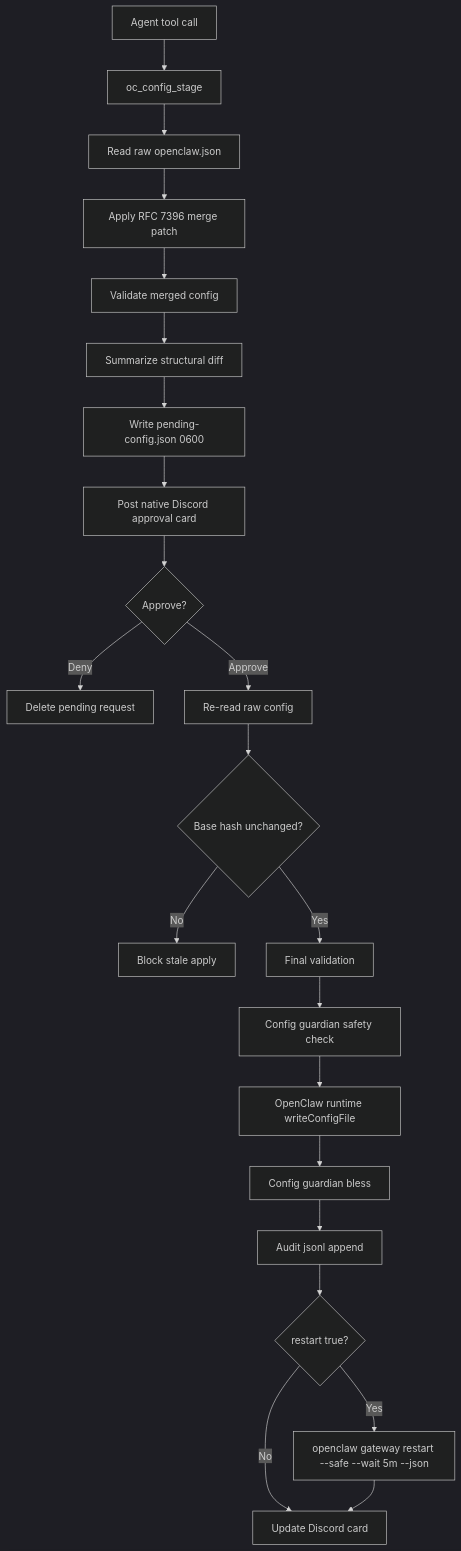
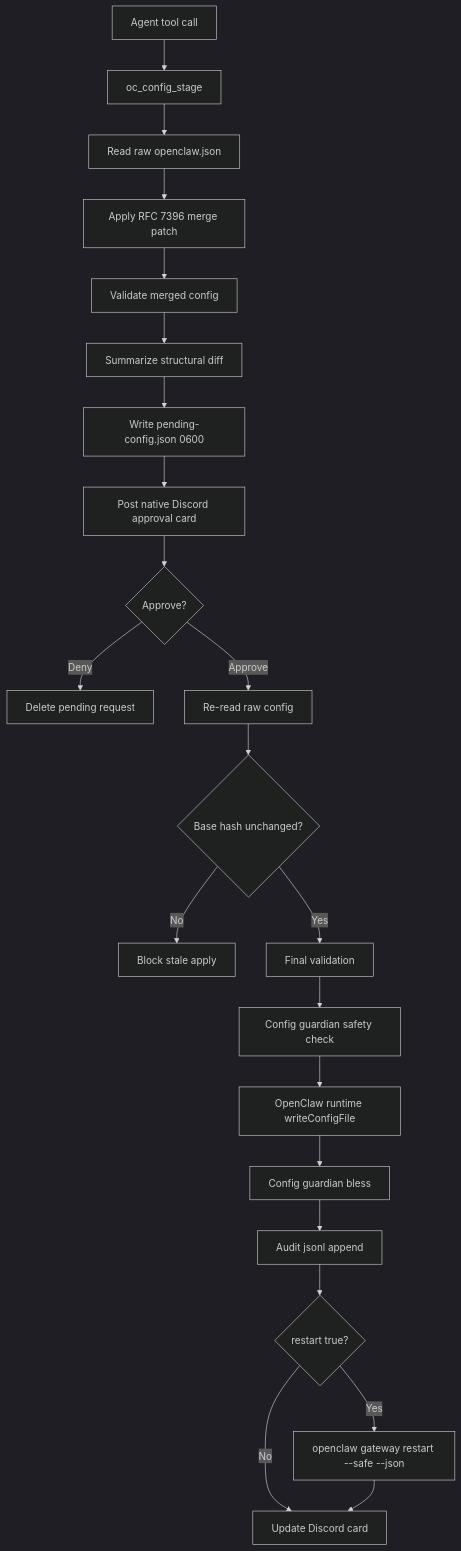
The diagram in docs/ARCHITECTURE.md (kleinpanic/oc-config-gate), drawn with Mermaid (dark theme) before and after one commit. The commit also changed other lines of this file and 11 other files, not shown here.

First line of the commit message:
fix: drop --wait from safe gateway restart command

````diff
--- a/docs/ARCHITECTURE.md
+++ b/docs/ARCHITECTURE.md
@@ -15,24 +15,24 @@
 ```mermaid
 flowchart TD
   A[Agent tool call] --> B[oc_config_stage]
   B --> C[Read raw openclaw.json]
   C --> D[Apply RFC 7396 merge patch]
   D --> E[Validate merged config]
   E --> F[Summarize structural diff]
   F --> G[Write pending-config.json 0600]
   G --> H[Post native Discord approval card]
   H --> I{Approve?}
   I -->|Deny| J[Delete pending request]
   I -->|Approve| K[Re-read raw config]
   K --> L{Base hash unchanged?}
   L -->|No| M[Block stale apply]
   L -->|Yes| N[Final validation]
   N --> O[Config guardian safety check]
   O --> P[OpenClaw runtime writeConfigFile]
   P --> Q[Config guardian bless]
   Q --> R[Audit jsonl append]
   R --> S{restart true?}
   S -->|No| T[Update Discord card]
-  S -->|Yes| U[openclaw gateway restart --safe --wait 5m --json]
+  S -->|Yes| U[openclaw gateway restart --safe --json]
   U --> T
 ```
````
